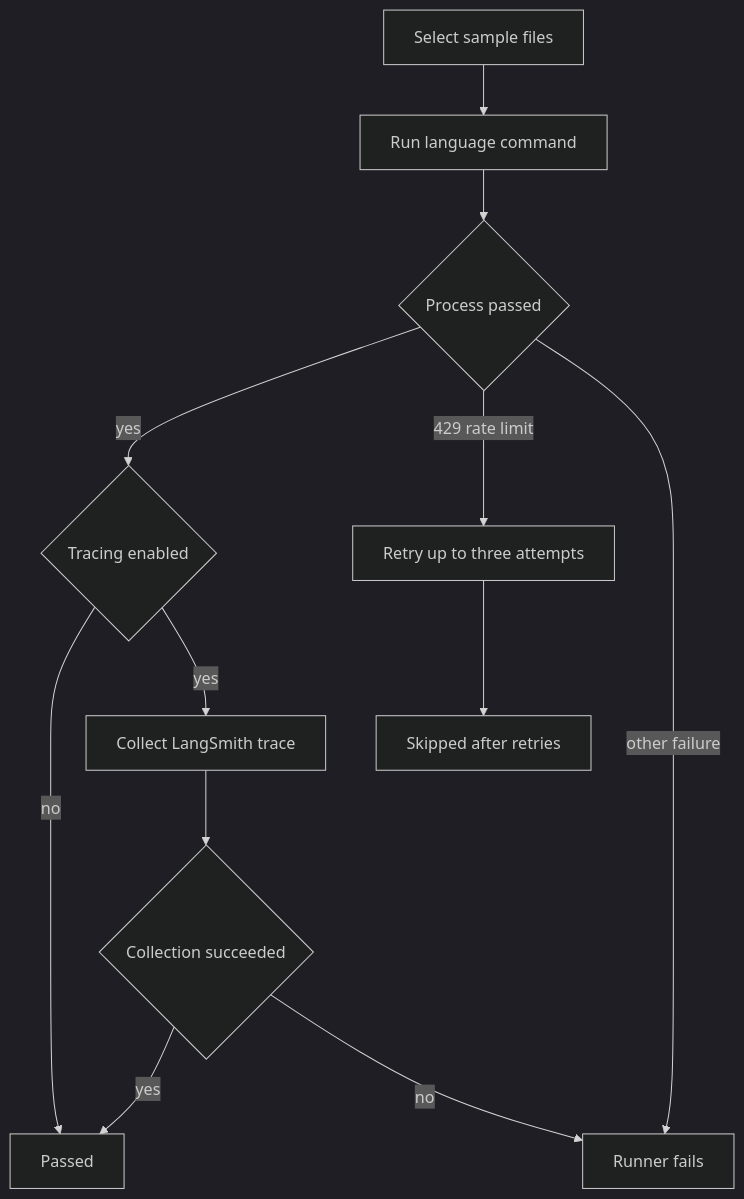
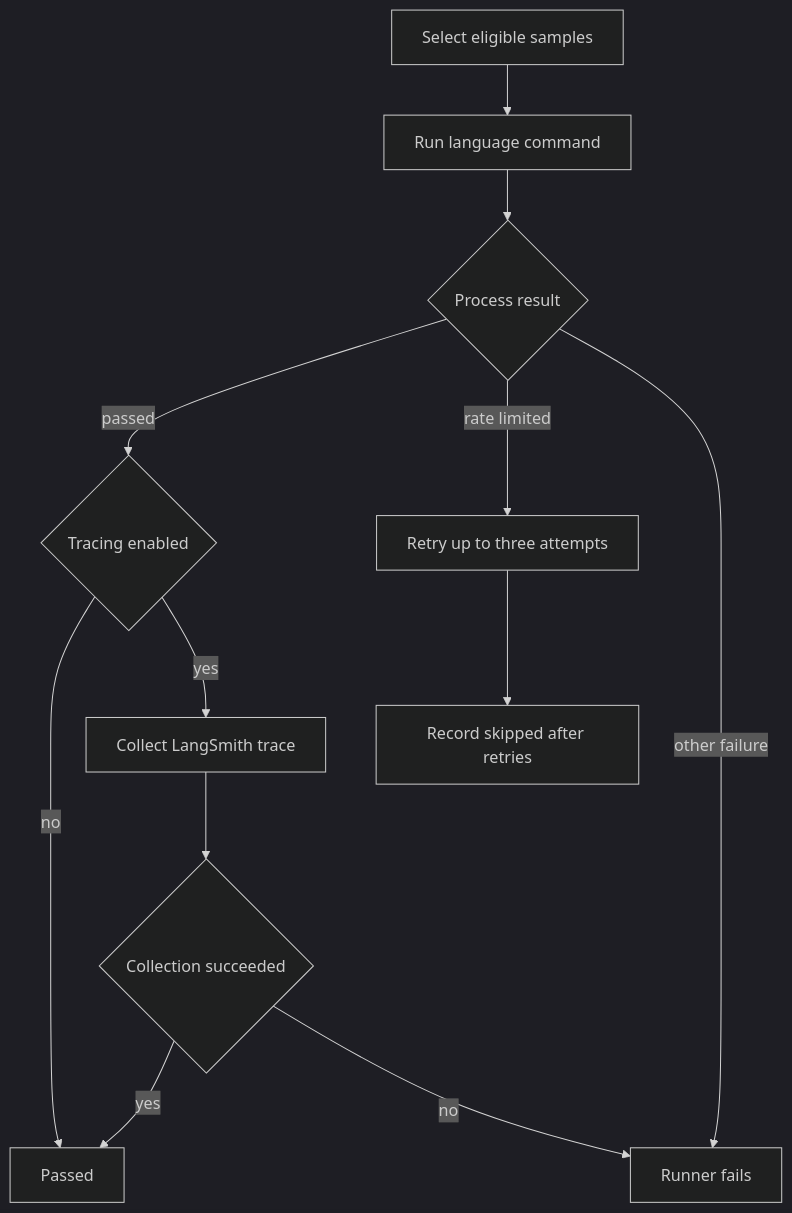
The third of 3 diagrams in openwiki/testing/test-overview.md (langchain-ai/docs), drawn with Mermaid (dark theme) before and after one commit. The commit also changed other lines of this file and 25 other files, not shown here.

````diff
--- a/openwiki/testing/test-overview.md
+++ b/openwiki/testing/test-overview.md
@@ -169,14 +145,14 @@
 ```mermaid
 flowchart TD
-  Select["Select sample files"] --> Execute["Run language command"]
-  Execute --> Outcome{"Process passed"}
-  Outcome -->|"yes"| Tracing{"Tracing enabled"}
-  Tracing -->|"no"| Passed["Passed"]
-  Tracing -->|"yes"| Collect["Collect LangSmith trace"]
-  Collect --> Collected{"Collection succeeded"}
-  Collected -->|"yes"| Passed
-  Collected -->|"no"| Failed["Runner fails"]
-  Outcome -->|"429 rate limit"| Retry["Retry up to three attempts"]
-  Retry --> Skipped["Skipped after retries"]
-  Outcome -->|"other failure"| Failed
+  Select["Select eligible samples"] --> Run["Run language command"]
+  Run --> Result{"Process result"}
+  Result -->|"passed"| Trace{"Tracing enabled"}
+  Trace -->|"no"| Pass["Passed"]
+  Trace -->|"yes"| Collect["Collect LangSmith trace"]
+  Collect --> TraceResult{"Collection succeeded"}
+  TraceResult -->|"yes"| Pass
+  TraceResult -->|"no"| Fail["Runner fails"]
+  Result -->|"rate limited"| Retry["Retry up to three attempts"]
+  Retry --> Skip["Record skipped after retries"]
+  Result -->|"other failure"| Fail
 ```
````
